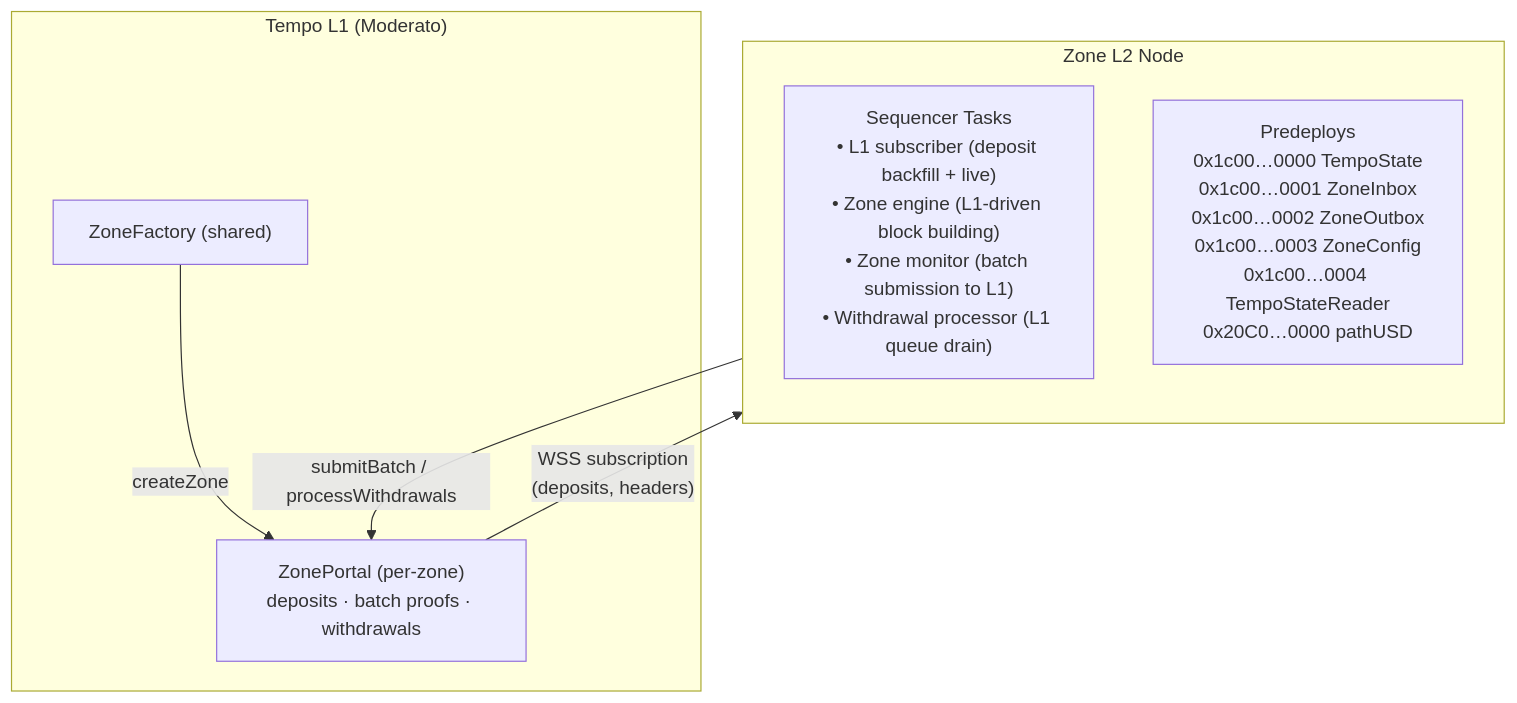
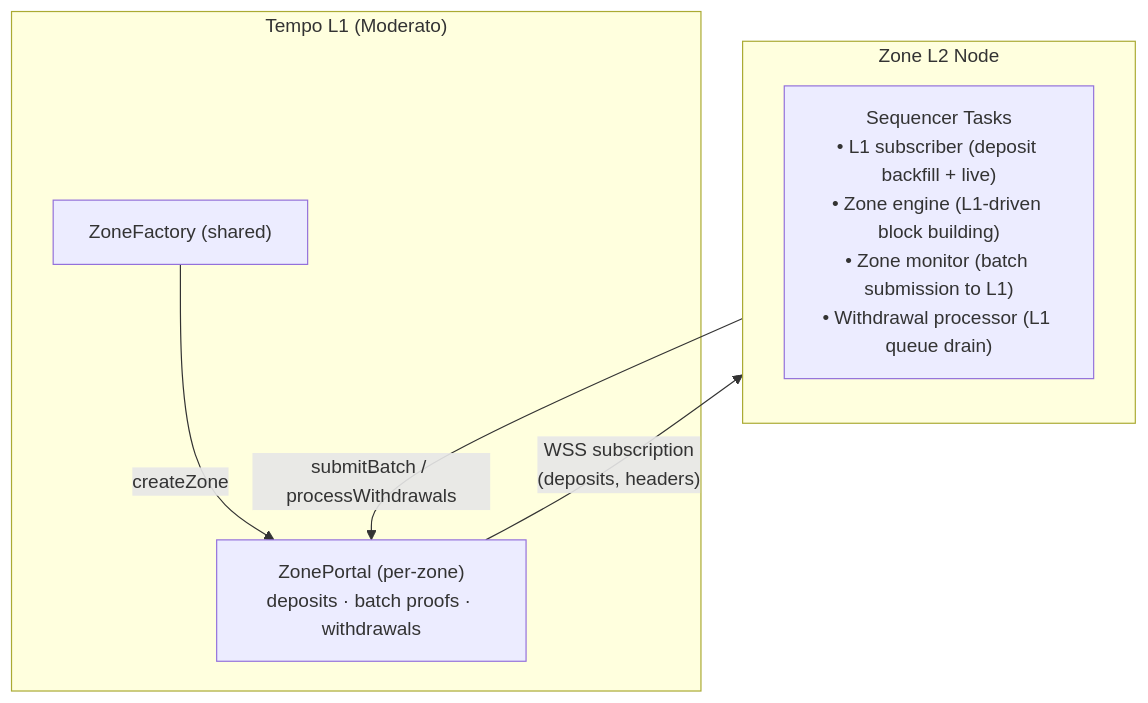
One commit to Dustin4444/zones changed the diagram in docs/ZONES.md. Above: the diagram before and after it, drawn with Mermaid. The commit also changed 32 other files, not shown here.

First line of the commit message:
fix(precompiles): remove ZoneConfig (#953)

````diff
--- a/docs/ZONES.md
+++ b/docs/ZONES.md
@@ -530,17 +530,16 @@
 ```mermaid
 graph TB
     subgraph L1["Tempo L1 (Moderato)"]
         Factory["ZoneFactory (shared)"]
         Portal["ZonePortal (per-zone)<br/>deposits · batch proofs · withdrawals"]
         Factory -->|createZone| Portal
     end
 
     subgraph L2["Zone L2 Node"]
         direction TB
         Tasks["Sequencer Tasks<br/>• L1 subscriber (deposit backfill + live)<br/>• Zone engine (L1-driven block building)<br/>• Zone monitor (batch submission to L1)<br/>• Withdrawal processor (L1 queue drain)"]
-        Predeploys["Predeploys<br/>0x1c00…0000 TempoState<br/>0x1c00…0001 ZoneInbox<br/>0x1c00…0002 ZoneOutbox<br/>0x1c00…0003 ZoneConfig<br/>0x1c00…0004 TempoStateReader<br/>0x20C0…0000 pathUSD"]
     end
 
     Portal -- "WSS subscription<br/>(deposits, headers)" --> Tasks
     Tasks -- "submitBatch / processWithdrawals" --> Portal
 ```
````
